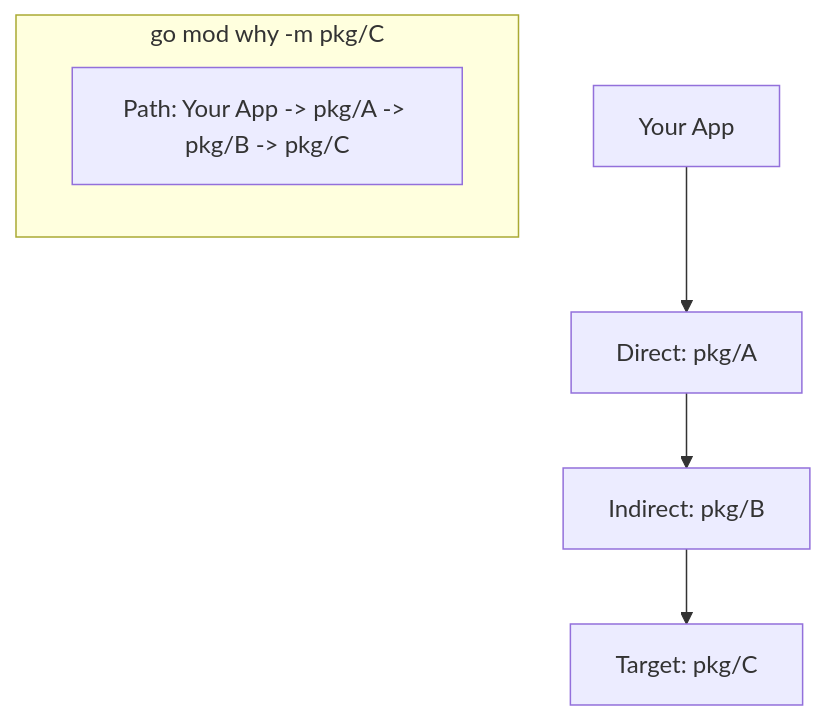
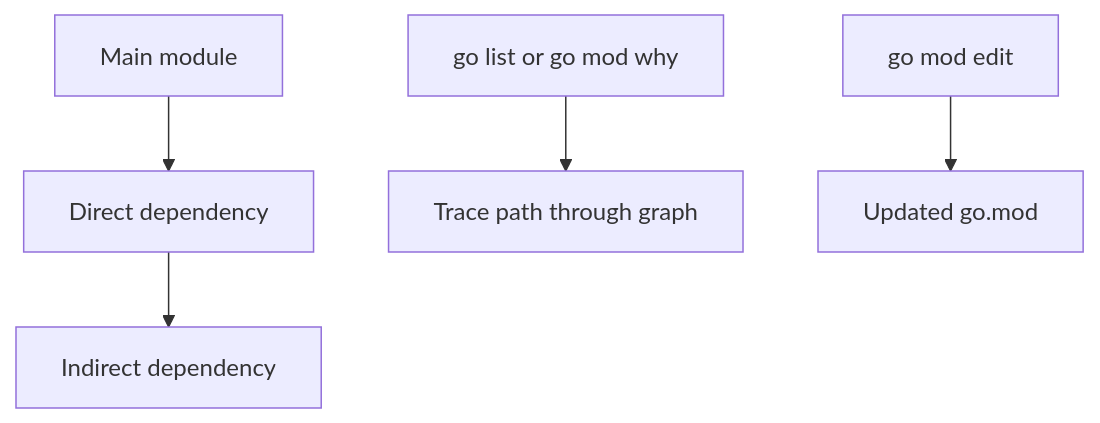
Before and after one commit to syahputrawork98-sketch/Golang-Knowledge-Base: the diagram in RAK-03-evolution/SR-01-module-system/BK-03-maintenance-security/CH-01-tooling-automation/README.md, drawn with Mermaid. The commit also changed other lines of this file and 32 other files, not shown here.

````diff
--- a/RAK-03-evolution/SR-01-module-system/BK-03-maintenance-security/CH-01-tooling-automation/README.md
+++ b/RAK-03-evolution/SR-01-module-system/BK-03-maintenance-security/CH-01-tooling-automation/README.md
@@ -34,10 +33,7 @@
 ```mermaid
 graph TD
-    A[Your App] --> B[Direct: pkg/A]
-    B --> C[Indirect: pkg/B]
-    C --> D[Target: pkg/C]
-    
-    subgraph "go mod why -m pkg/C"
-    Final[Path: Your App -> pkg/A -> pkg/B -> pkg/C]
-    end
+    App[Main module] --> Direct[Direct dependency]
+    Direct --> Indirect[Indirect dependency]
+    Inspect[go list or go mod why] --> Trace[Trace path through graph]
+    Edit[go mod edit] --> Manifest[Updated go.mod]
 ```
````
